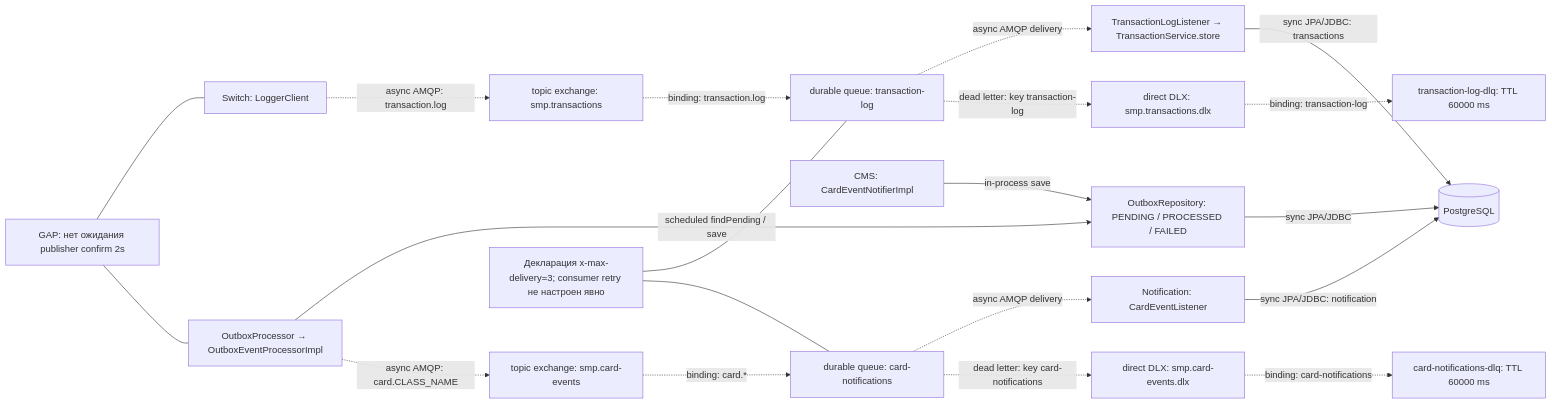
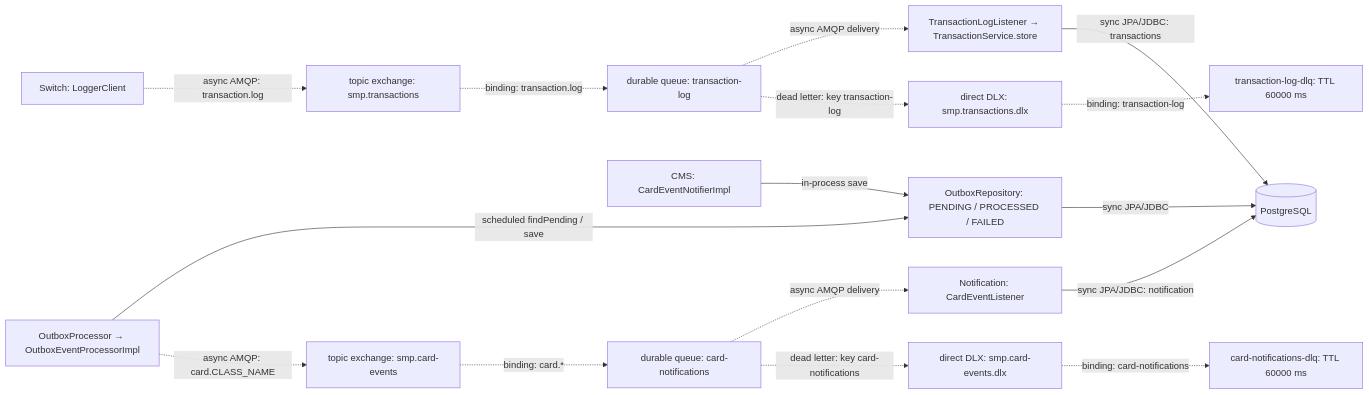
One commit to LektonSoftwareTestingCourse/PracticIgorNasonkov changed the diagram in docs/practice-3-pyramid/architecture/a5-rabbitmq.md. Above: the diagram before and after it, drawn with Mermaid.

Commit message:
fix: fixed rmq diagram

````diff
--- a/docs/practice-3-pyramid/architecture/a5-rabbitmq.md
+++ b/docs/practice-3-pyramid/architecture/a5-rabbitmq.md
@@ -7,43 +7,36 @@
 ```mermaid
 flowchart LR
     SW[Switch: LoggerClient]
     TXEX["topic exchange: smp.transactions"]
     TXQ["durable queue: transaction-log"]
     LOGGER["TransactionLogListener → TransactionService.store"]
     TXDLX["direct DLX: smp.transactions.dlx"]
     TXDLQ["transaction-log-dlq: TTL 60000 ms"]
     DB[(PostgreSQL)]
 
     CMS["CMS: CardEventNotifierImpl"]
     OUTBOX["OutboxRepository: PENDING / PROCESSED / FAILED"]
     PROCESSOR["OutboxProcessor → OutboxEventProcessorImpl"]
     CARDEX["topic exchange: smp.card-events"]
     CARDQ["durable queue: card-notifications"]
     NOTIFY["Notification: CardEventListener"]
     CARDDLX["direct DLX: smp.card-events.dlx"]
     CARDDLQ["card-notifications-dlq: TTL 60000 ms"]
-    CONFIRM["GAP: нет ожидания publisher confirm 2s"]
-    RETRY["Декларация x-max-delivery=3; consumer retry не настроен явно"]
 
     SW -.->|async AMQP: transaction.log| TXEX
     TXEX -.->|binding: transaction.log| TXQ
     TXQ -.->|async AMQP delivery| LOGGER
     LOGGER -->|sync JPA/JDBC: transactions| DB
     TXQ -.->|dead letter: key transaction-log| TXDLX
     TXDLX -.->|binding: transaction-log| TXDLQ
 
     CMS -->|in-process save| OUTBOX
     OUTBOX -->|sync JPA/JDBC| DB
     PROCESSOR -->|scheduled findPending / save| OUTBOX
     PROCESSOR -.->|async AMQP: card.CLASS_NAME| CARDEX
     CARDEX -.->|binding: card.*| CARDQ
     CARDQ -.->|async AMQP delivery| NOTIFY
     NOTIFY -->|sync JPA/JDBC: notification| DB
     CARDQ -.->|dead letter: key card-notifications| CARDDLX
     CARDDLX -.->|binding: card-notifications| CARDDLQ
-
-    CONFIRM --- SW
-    CONFIRM --- PROCESSOR
-    RETRY --- TXQ
-    RETRY --- CARDQ
 ```
````
